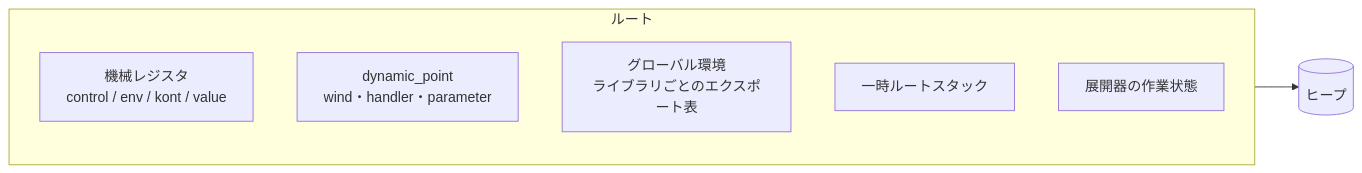
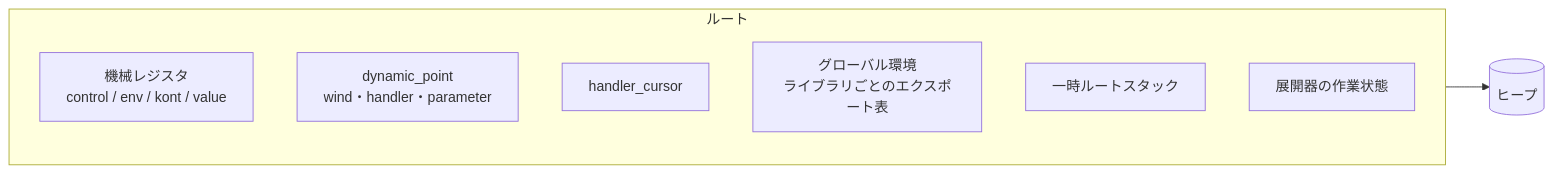
One commit to suchi/sucheme-zig changed the first of 4 diagrams in docs/design/runtime.md. Above: the diagram before and after it, drawn with Mermaid. The commit also changed other lines of this file, not shown here.

First line of the commit message:
docs: fix exception handler dynamic environment and symbol marking

````diff
--- a/docs/design/runtime.md
+++ b/docs/design/runtime.md
@@ -146,11 +151,12 @@
 ```mermaid
 flowchart LR
     subgraph roots[ルート]
         reg["機械レジスタ<br/>control / env / kont / value"]
         dyn["dynamic_point<br/>wind・handler・parameter"]
+        hc["handler_cursor"]
         glob["グローバル環境<br/>ライブラリごとのエクスポート表"]
         tmp["一時ルートスタック"]
         exp["展開器の作業状態"]
     end
     roots --> heap[(ヒープ)]
 ```
````
